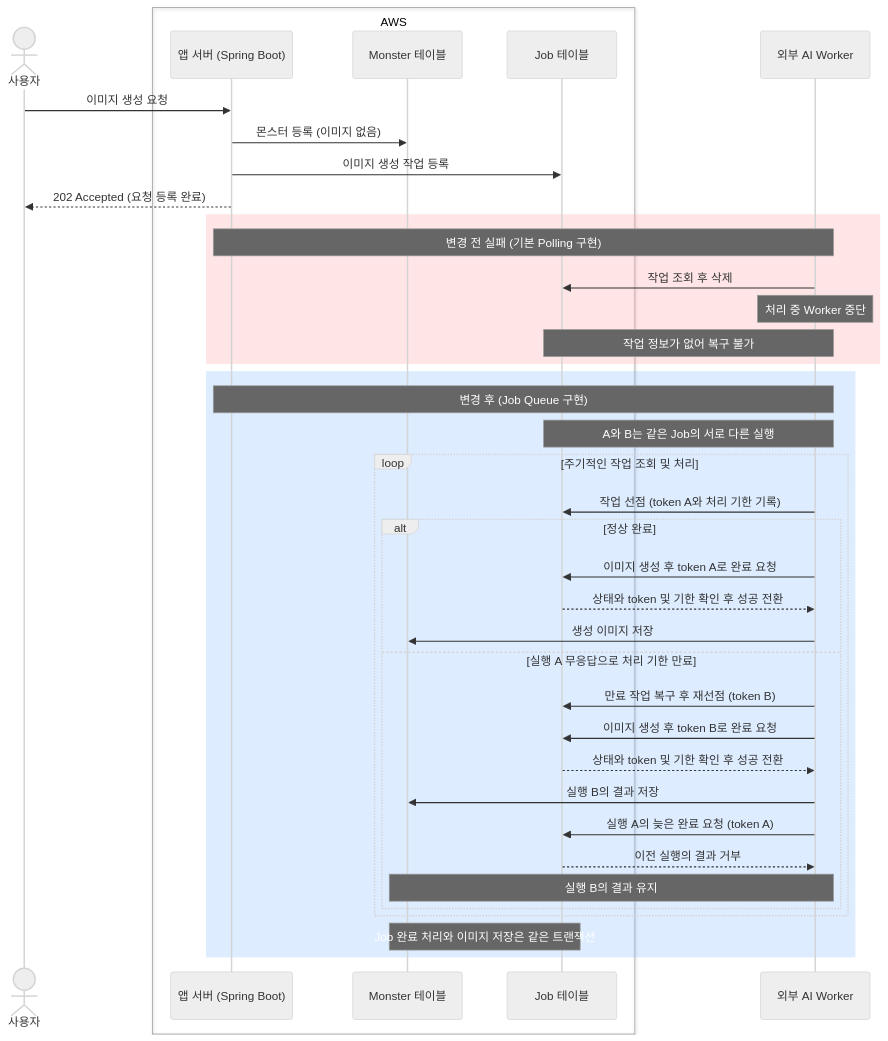
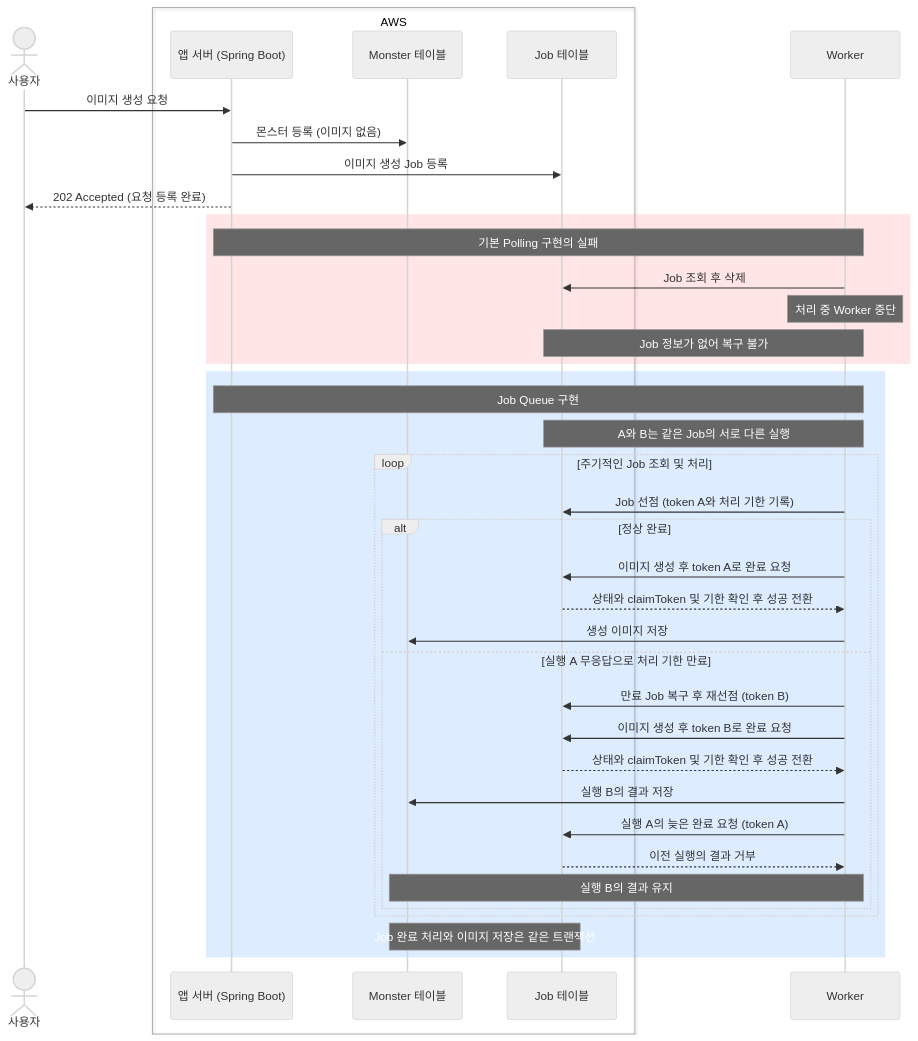
The sixth of 6 diagrams in LEVEL4-milan.md (woowacourse/woowa-writing), drawn with Mermaid (neutral theme) before and after one commit. The commit also changed other lines of this file, not shown here.

````diff
--- a/LEVEL4-milan.md
+++ b/LEVEL4-milan.md
@@ -231,49 +231,49 @@
 ```mermaid
 sequenceDiagram
     actor User as 사용자
 
     box AWS
         participant App as 앱 서버 (Spring Boot)
         participant Monster as Monster 테이블
         participant Job as Job 테이블
     end
 
-    participant Worker as 외부 AI Worker
+    participant Worker
 
     User->>App: 이미지 생성 요청
     App->>Monster: 몬스터 등록 (이미지 없음)
-    App->>Job: 이미지 생성 작업 등록
+    App->>Job: 이미지 생성 Job 등록
     App-->>User: 202 Accepted (요청 등록 완료)
 
     rect rgba(254, 152, 152, 0.25)
-        Note over App,Worker: 변경 전 실패 (기본 Polling 구현)
-        Worker->>Job: 작업 조회 후 삭제
+        Note over App,Worker: 기본 Polling 구현의 실패
+        Worker->>Job: Job 조회 후 삭제
         Note over Worker: 처리 중 Worker 중단
-        Note over Job,Worker: 작업 정보가 없어 복구 불가
+        Note over Job,Worker: Job 정보가 없어 복구 불가
     end
 
     rect rgba(120, 178, 255, 0.25)
-        Note over App,Worker: 변경 후 (Job Queue 구현)
+        Note over App,Worker: Job Queue 구현
         Note over Job,Worker: A와 B는 같은 Job의 서로 다른 실행
 
-        loop 주기적인 작업 조회 및 처리
-            Worker->>Job: 작업 선점 (token A와 처리 기한 기록)
+        loop 주기적인 Job 조회 및 처리
+            Worker->>Job: Job 선점 (token A와 처리 기한 기록)
 
             alt 정상 완료
                 Worker->>Job: 이미지 생성 후 token A로 완료 요청
-                Job-->>Worker: 상태와 token 및 기한 확인 후 성공 전환
+                Job-->>Worker: 상태와 claimToken 및 기한 확인 후 성공 전환
                 Worker->>Monster: 생성 이미지 저장
             else 실행 A 무응답으로 처리 기한 만료
-                Worker->>Job: 만료 작업 복구 후 재선점 (token B)
+                Worker->>Job: 만료 Job 복구 후 재선점 (token B)
                 Worker->>Job: 이미지 생성 후 token B로 완료 요청
-                Job-->>Worker: 상태와 token 및 기한 확인 후 성공 전환
+                Job-->>Worker: 상태와 claimToken 및 기한 확인 후 성공 전환
                 Worker->>Monster: 실행 B의 결과 저장
                 Worker->>Job: 실행 A의 늦은 완료 요청 (token A)
                 Job-->>Worker: 이전 실행의 결과 거부
                 Note over Monster,Worker: 실행 B의 결과 유지
             end
         end
 
         Note over Monster,Job: Job 완료 처리와 이미지 저장은 같은 트랜잭션
     end
 ```
````
